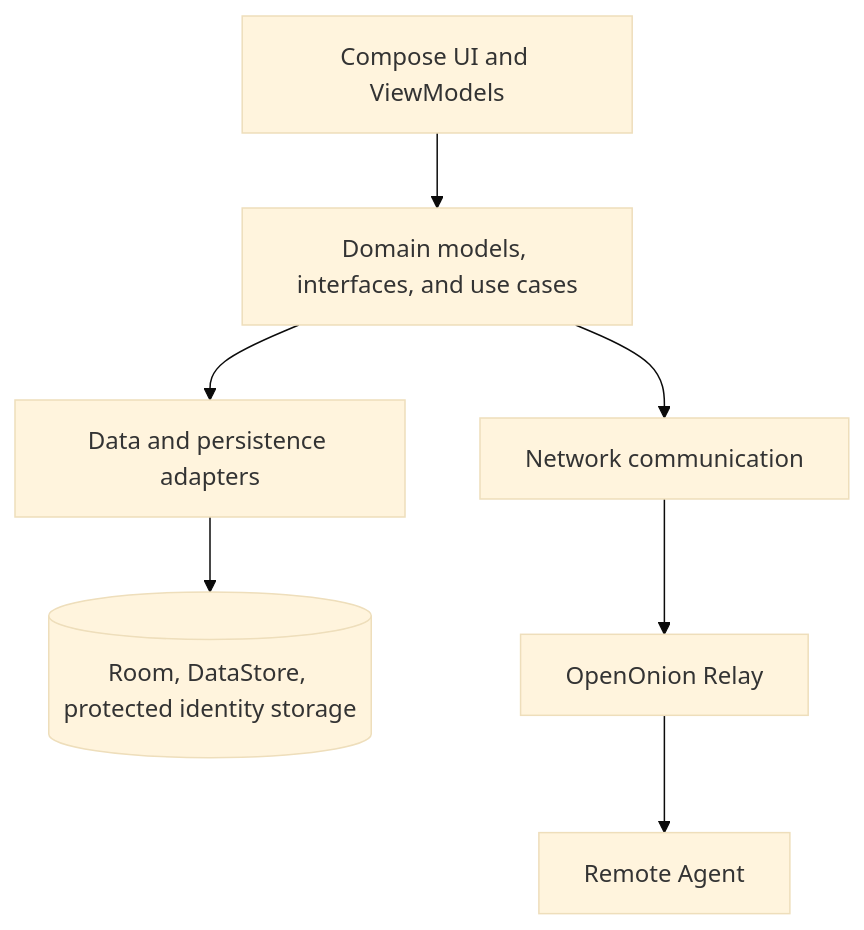
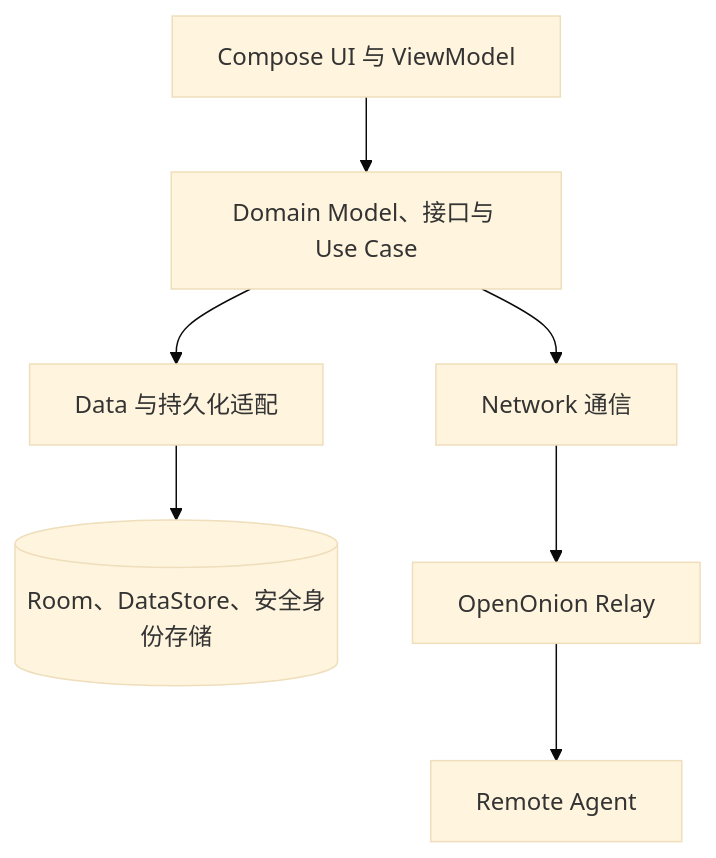
The second of 2 diagrams in docs/architecture.md (mia6868/connectonion-android-agent-chat), drawn with Mermaid (base theme) before and after one commit. The commit also changed other lines of this file and 5 other files, not shown here.

````diff
--- a/docs/architecture.md
+++ b/docs/architecture.md
@@ -15,9 +15,9 @@
 ```mermaid
 flowchart TB
-    UI[Compose UI and ViewModels] --> DOMAIN[Domain models, interfaces, and use cases]
-    DOMAIN --> DATA[Data and persistence adapters]
-    DOMAIN --> COMM[Network communication]
-    DATA --> LOCAL[(Room, DataStore, protected identity storage)]
-    COMM --> RELAY[OpenOnion Relay]
+    UI[Compose UI 与 ViewModel] --> DOMAIN[Domain Model、接口与 Use Case]
+    DOMAIN --> DATA[Data 与持久化适配]
+    DOMAIN --> NETWORK[Network 通信]
+    DATA --> LOCAL[(Room、DataStore、安全身份存储)]
+    NETWORK --> RELAY[OpenOnion Relay]
     RELAY --> AGENT[Remote Agent]
 ```
````
